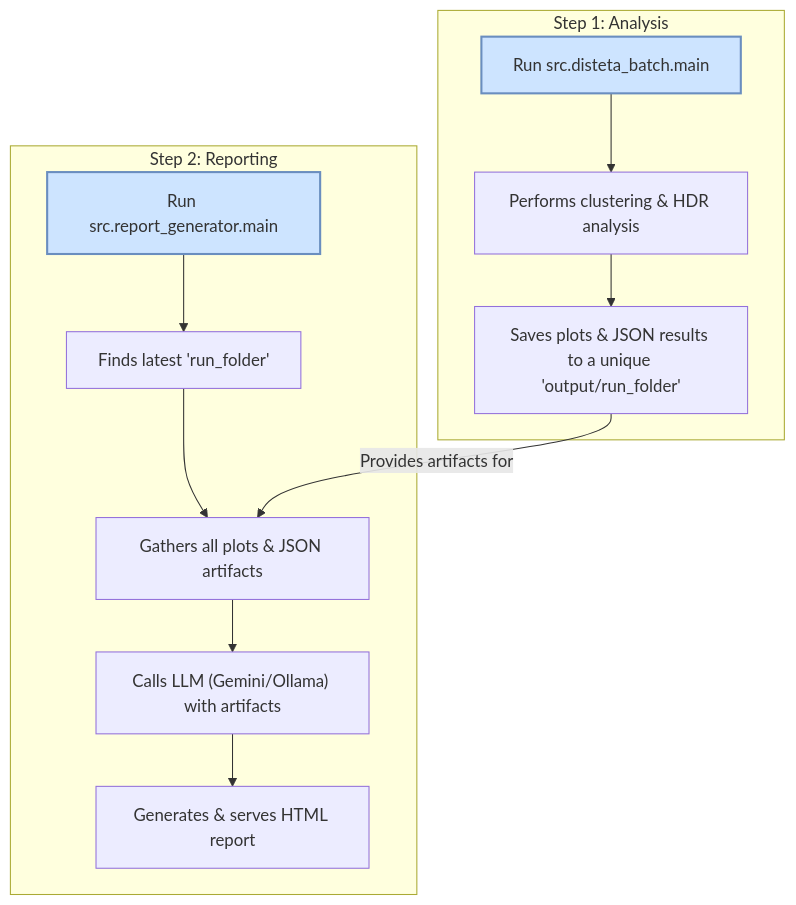
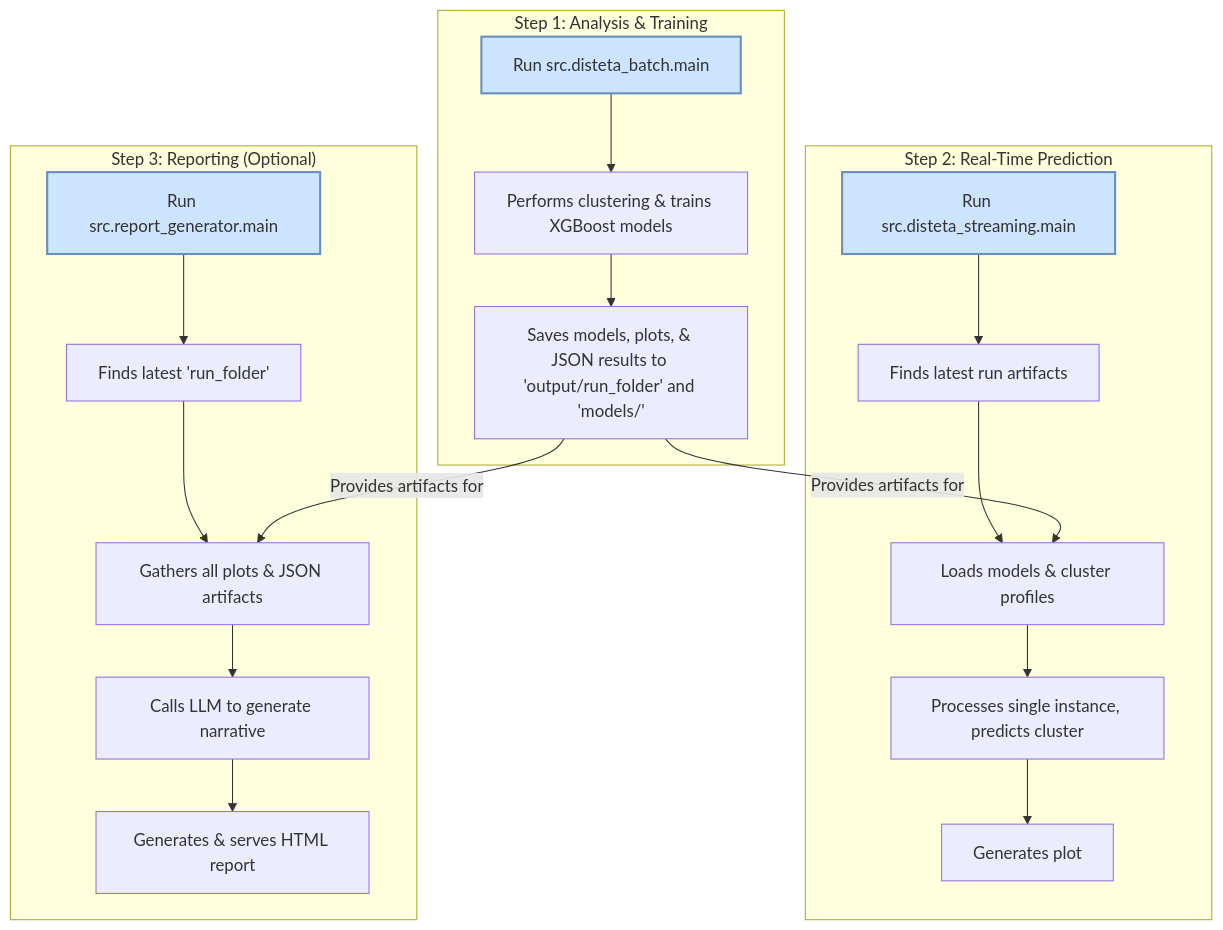
Before and after one commit to oarguido/DistETA_and_LLMReporting: the first of 3 diagrams in docs/WORKFLOW.md, drawn with Mermaid. The commit also changed other lines of this file and 21 other files, not shown here.

First line of the commit message:
feat: Implement streaming prediction and resolve type errors

````diff
--- a/docs/WORKFLOW.md
+++ b/docs/WORKFLOW.md
@@ -30,19 +29,28 @@
 ```mermaid
 graph TD
-    subgraph "Step 1: Analysis"
-        A[Run src.disteta_batch.main] --> B["Performs clustering & HDR analysis"];
-        B --> C["Saves plots & JSON results to a unique 'output/run_folder'"];
+    subgraph "Step 1: Analysis & Training"
+        A[Run src.disteta_batch.main] --> B["Performs clustering & trains XGBoost models"];
+        B --> C["Saves models, plots, & JSON results to 'output/run_folder' and 'models/'"];
     end
 
-    subgraph "Step 2: Reporting"
-        D[Run src.report_generator.main] --> E["Finds latest 'run_folder'"];
-        E --> F["Gathers all plots & JSON artifacts"];
-        F --> G["Calls LLM (Gemini/Ollama) with artifacts"];
-        G --> H["Generates & serves HTML report"];
+    subgraph "Step 2: Real-Time Prediction"
+        D[Run src.disteta_streaming.main] --> E["Finds latest run artifacts"];
+        E --> F["Loads models & cluster profiles"];
+        F --> G["Processes single instance, predicts cluster"];
+        G --> H["Generates plot"];
+    end
+
+    subgraph "Step 3: Reporting (Optional)"
+        I[Run src.report_generator.main] --> J["Finds latest 'run_folder'"];
+        J --> K["Gathers all plots & JSON artifacts"];
+        K --> L["Calls LLM to generate narrative"];
+        L --> M["Generates & serves HTML report"];
     end
 
     C -- "Provides artifacts for" --> F;
+    C -- "Provides artifacts for" --> K;
 
     style A fill:#cde4ff,stroke:#6a8ebf,stroke-width:2px;
     style D fill:#cde4ff,stroke:#6a8ebf,stroke-width:2px;
+    style I fill:#cde4ff,stroke:#6a8ebf,stroke-width:2px;
 ```
````
